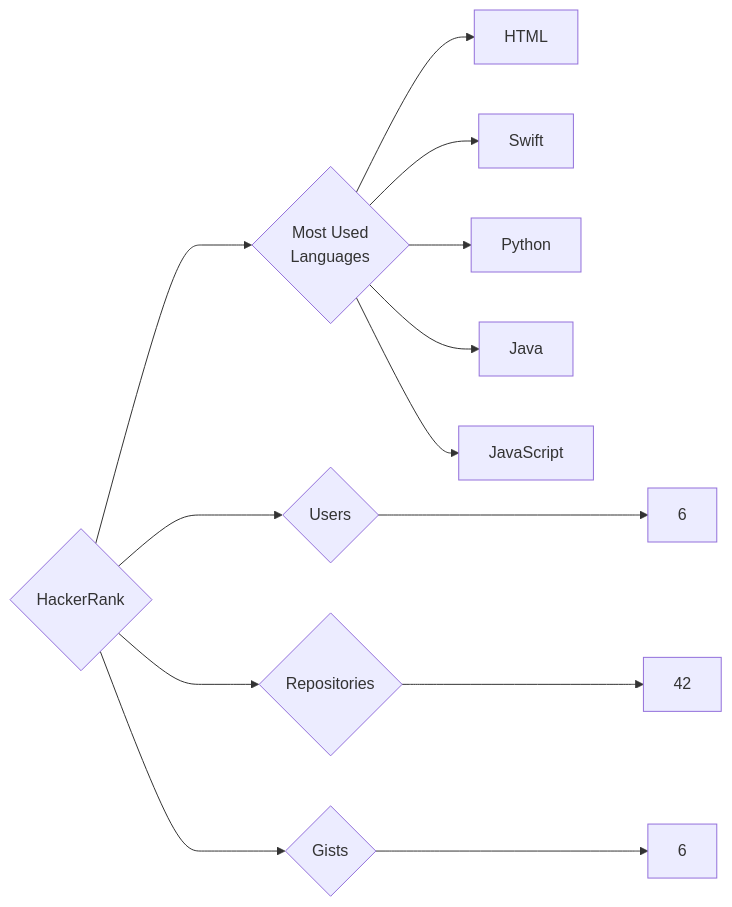
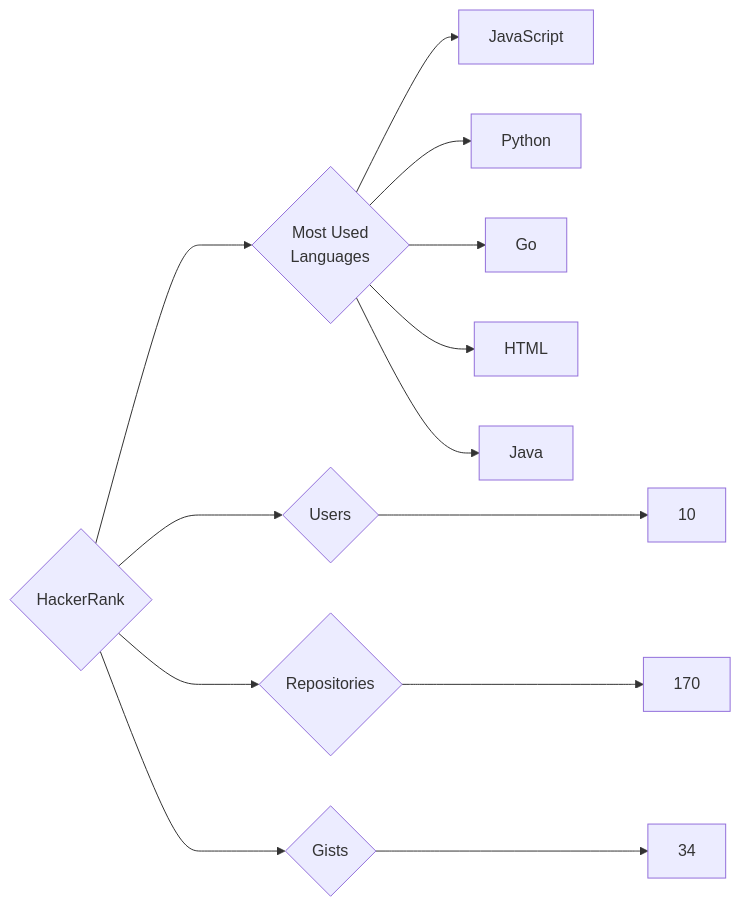
The diagram in targets/HackerRank/README.md (trickest/insiders), drawn with Mermaid before and after one commit. The commit also changed 1078 other files, not shown here.

````diff
--- a/targets/HackerRank/README.md
+++ b/targets/HackerRank/README.md
@@ -3,13 +3,13 @@
 ```mermaid
 graph LR
 COMPANY_NAME{HackerRank}
-COMPANY_NAME ---> U{Users} ---> UN[6]
-COMPANY_NAME ---> R{Repositories} ---> RN[42]
-COMPANY_NAME ---> G{Gists} ---> GN[6]
+COMPANY_NAME ---> U{Users} ---> UN[10]
+COMPANY_NAME ---> R{Repositories} ---> RN[170]
+COMPANY_NAME ---> G{Gists} ---> GN[34]
 COMPANY_NAME ---> ML{Most Used<br>Languages}
+ML --> JavaScript[JavaScript]
+ML --> Python[Python]
+ML --> Go[Go]
 ML --> HTML[HTML]
-ML --> Swift[Swift]
-ML --> Python[Python]
 ML --> Java[Java]
-ML --> JavaScript[JavaScript]
 ```
````
